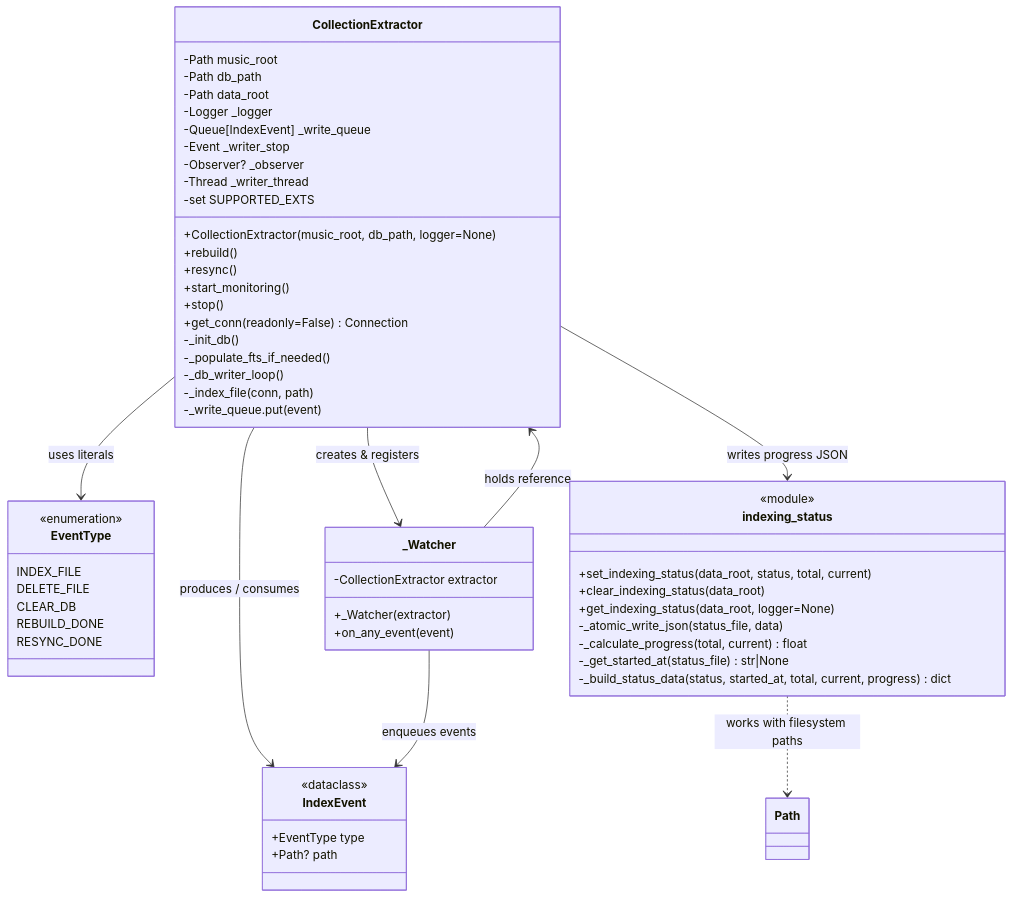
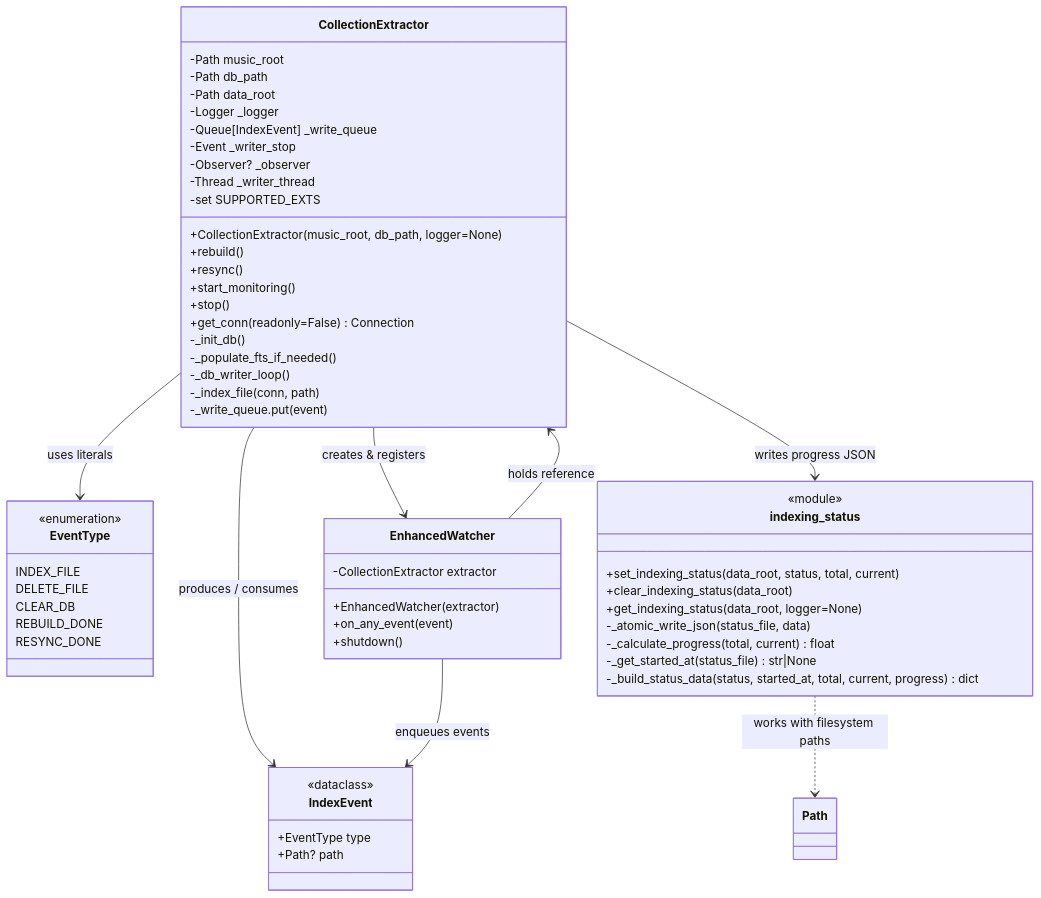
Before and after one commit to mark-me/mixtape-society: the first of 2 diagrams in docs/development/musiclib/intro.md, drawn with Mermaid. The commit also changed other lines of this file and 2 other files, not shown here.

````diff
--- a/docs/development/musiclib/intro.md
+++ b/docs/development/musiclib/intro.md
@@ -14,70 +14,71 @@
 ```mermaid
 classDiagram
     %% ==== Core data types ====
     class IndexEvent {
         <<dataclass>>
         +EventType type
         +Path? path
     }
 
     class EventType {
         <<enumeration>>
         INDEX_FILE
         DELETE_FILE
         CLEAR_DB
         REBUILD_DONE
         RESYNC_DONE
     }
 
     %% ==== CollectionExtractor (main engine) ====
     class CollectionExtractor {
         -Path music_root
         -Path db_path
         -Path data_root
         -Logger _logger
         -Queue[IndexEvent] _write_queue
         -Event _writer_stop
         -Observer? _observer
         -Thread _writer_thread
         -set SUPPORTED_EXTS
         +CollectionExtractor(music_root, db_path, logger=None)
         +rebuild()
         +resync()
         +start_monitoring()
         +stop()
         +get_conn(readonly=False) Connection
         -_init_db()
         -_populate_fts_if_needed()
         -_db_writer_loop()
         -_index_file(conn, path)
         -_write_queue.put(event)
     }
 
-    %% ==== _Watcher (filesystem event handler) ====
-    class _Watcher {
+    %% ==== EnhancedWatcher (filesystem event handler) ====
+    class EnhancedWatcher {
         -CollectionExtractor extractor
-        +_Watcher(extractor)
+        +EnhancedWatcher(extractor)
         +on_any_event(event)
+        +shutdown()
     }
 
     %% ==== Indexing status helpers (module-level functions) ====
     class indexing_status {
         <<module>>
         +set_indexing_status(data_root, status, total, current)
         +clear_indexing_status(data_root)
         +get_indexing_status(data_root, logger=None)
         -_atomic_write_json(status_file, data)
         -_calculate_progress(total, current) float
         -_get_started_at(status_file) str|None
         -_build_status_data(status, started_at, total, current, progress) dict
     }
 
     %% ==== Relationships ====
     CollectionExtractor --> IndexEvent : produces / consumes
     CollectionExtractor --> EventType : uses literals
-    CollectionExtractor --> _Watcher : creates & registers
+    CollectionExtractor --> EnhancedWatcher : creates & registers
     CollectionExtractor --> indexing_status : writes progress JSON
-    _Watcher --> IndexEvent : enqueues events
-    _Watcher --> CollectionExtractor : holds reference
+    EnhancedWatcher --> IndexEvent : enqueues events
+    EnhancedWatcher --> CollectionExtractor : holds reference
     indexing_status ..> Path : works with filesystem paths
 ```
````
